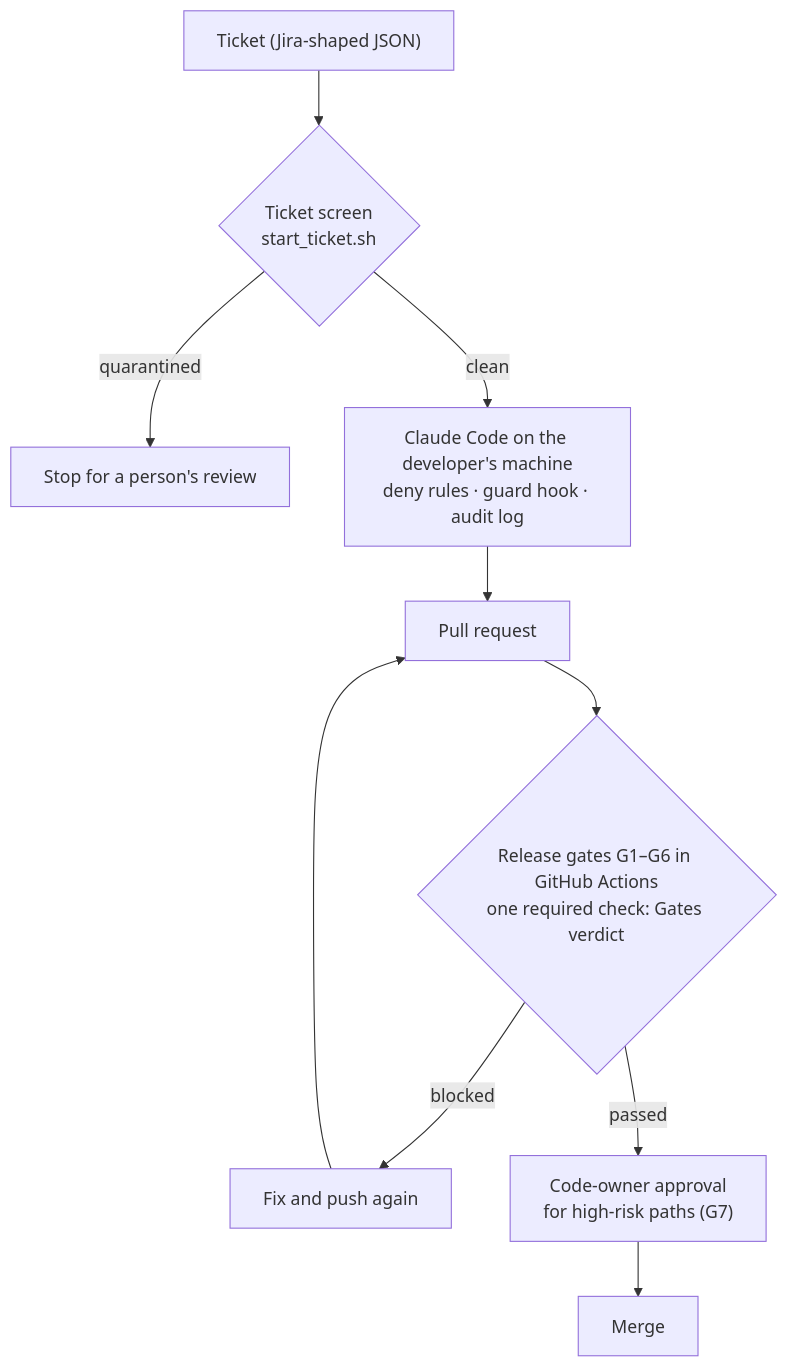
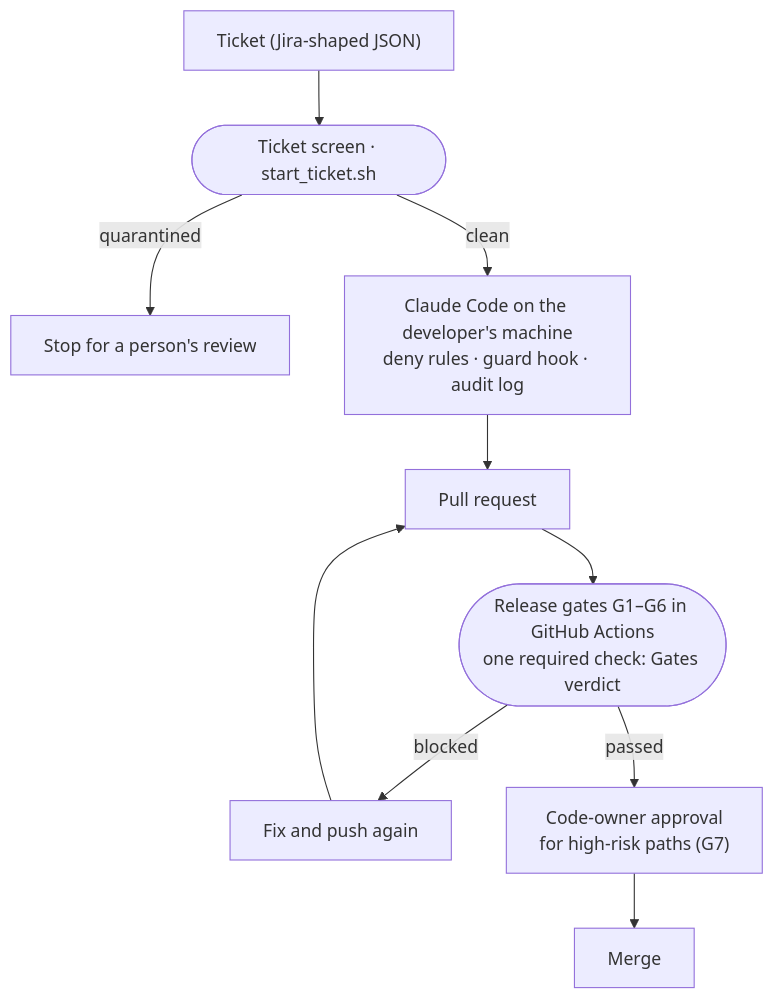
The diagram in README.md (minw0607/agentic_sdlc_gates), drawn with Mermaid before and after one commit.

Commit message:
README: use rounded boxes so the flow is shorter

````diff
--- a/README.md
+++ b/README.md
@@ -12,12 +12,12 @@
 ```mermaid
 flowchart TD
-    T["Ticket (Jira-shaped JSON)"] --> S{"Ticket screen<br/>start_ticket.sh"}
+    T["Ticket (Jira-shaped JSON)"] --> S(["Ticket screen · start_ticket.sh"])
     S -- quarantined --> H["Stop for a person's review"]
     S -- clean --> A["Claude Code on the developer's machine<br/>deny rules · guard hook · audit log"]
     A --> PR["Pull request"]
-    PR --> V{"Release gates G1–G6 in GitHub Actions<br/>one required check: Gates verdict"}
+    PR --> V(["Release gates G1–G6 in GitHub Actions<br/>one required check: Gates verdict"])
     V -- blocked --> F["Fix and push again"]
     F --> PR
     V -- passed --> O["Code-owner approval<br/>for high-risk paths (G7)"]
     O --> M["Merge"]
 ```
````
